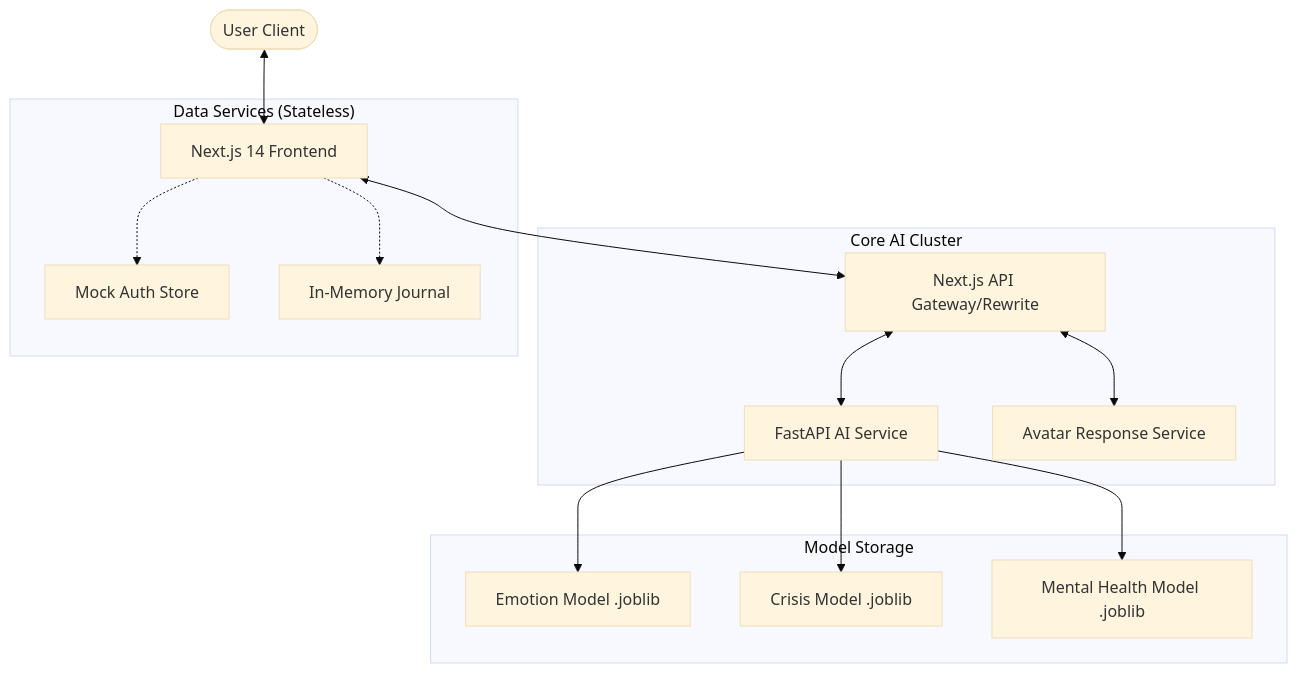
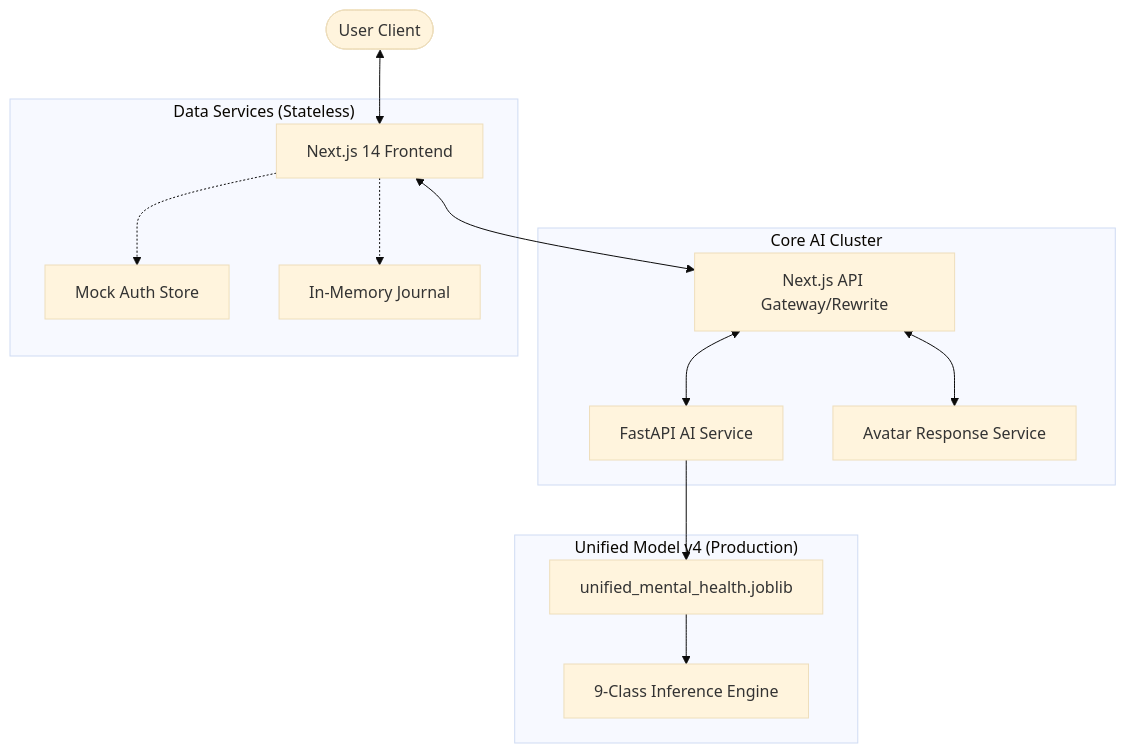
Before and after one commit to khizardev123/fyp-mental-health: the first of 15 diagrams in README.md, drawn with Mermaid (base theme). The commit also changed other lines of this file, not shown here.

Commit message:
Update README with 15 comprehensive flow diagrams (Unified v4 architecture)

````diff
--- a/README.md
+++ b/README.md
@@ -13,21 +13,20 @@
 ```mermaid
 graph TD
     User([User Client]) <--> UI[Next.js 14 Frontend]
     UI <--> Proxy[Next.js API Gateway/Rewrite]
     
     subgraph "Core AI Cluster"
         Proxy <--> AI[FastAPI AI Service]
         Proxy <--> AV[Avatar Response Service]
     end
     
-    subgraph "Model Storage"
-        AI --> EM[Emotion Model .joblib]
-        AI --> CM[Crisis Model .joblib]
-        AI --> MH[Mental Health Model .joblib]
+    subgraph "Unified Model v4 (Production)"
+        AI --> UM[unified_mental_health.joblib]
+        UM --> INF[9-Class Inference Engine]
     end
     
     subgraph "Data Services (Stateless)"
         UI -.-> Auth[Mock Auth Store]
         UI -.-> Jour[In-Memory Journal]
     end
 ```
````
